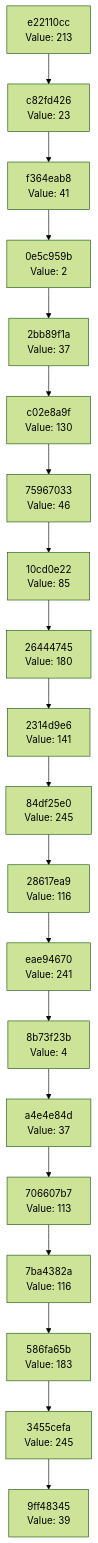
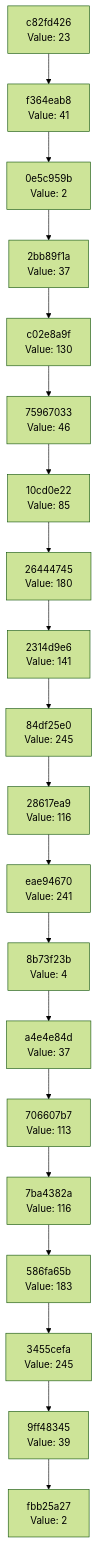
One commit to Abhisheksinha1506/hash-chain-evolver changed the diagram in docs/CHAIN_VISUALIZATION.md. Above: the diagram before and after it, drawn with Mermaid (forest theme). The commit also changed 2 other files, not shown here.

Commit message:
Evolution step: hash 0x02 → action executed

````diff
--- a/docs/CHAIN_VISUALIZATION.md
+++ b/docs/CHAIN_VISUALIZATION.md
@@ -3,42 +3,42 @@
 ```mermaid
 graph TD
-    C0["9ff48345<br/>Value: 39"]
-    C1["3455cefa<br/>Value: 245"]
+    C0["fbb25a27<br/>Value: 2"]
+    C1["9ff48345<br/>Value: 39"]
     C1 --> C0
-    C2["586fa65b<br/>Value: 183"]
+    C2["3455cefa<br/>Value: 245"]
     C2 --> C1
-    C3["7ba4382a<br/>Value: 116"]
+    C3["586fa65b<br/>Value: 183"]
     C3 --> C2
-    C4["706607b7<br/>Value: 113"]
+    C4["7ba4382a<br/>Value: 116"]
     C4 --> C3
-    C5["a4e4e84d<br/>Value: 37"]
+    C5["706607b7<br/>Value: 113"]
     C5 --> C4
-    C6["8b73f23b<br/>Value: 4"]
+    C6["a4e4e84d<br/>Value: 37"]
     C6 --> C5
-    C7["eae94670<br/>Value: 241"]
+    C7["8b73f23b<br/>Value: 4"]
     C7 --> C6
-    C8["28617ea9<br/>Value: 116"]
+    C8["eae94670<br/>Value: 241"]
     C8 --> C7
-    C9["84df25e0<br/>Value: 245"]
+    C9["28617ea9<br/>Value: 116"]
     C9 --> C8
-    C10["2314d9e6<br/>Value: 141"]
+    C10["84df25e0<br/>Value: 245"]
     C10 --> C9
-    C11["26444745<br/>Value: 180"]
+    C11["2314d9e6<br/>Value: 141"]
     C11 --> C10
-    C12["10cd0e22<br/>Value: 85"]
+    C12["26444745<br/>Value: 180"]
     C12 --> C11
-    C13["75967033<br/>Value: 46"]
+    C13["10cd0e22<br/>Value: 85"]
     C13 --> C12
-    C14["c02e8a9f<br/>Value: 130"]
+    C14["75967033<br/>Value: 46"]
     C14 --> C13
-    C15["2bb89f1a<br/>Value: 37"]
+    C15["c02e8a9f<br/>Value: 130"]
     C15 --> C14
-    C16["0e5c959b<br/>Value: 2"]
+    C16["2bb89f1a<br/>Value: 37"]
     C16 --> C15
-    C17["f364eab8<br/>Value: 41"]
+    C17["0e5c959b<br/>Value: 2"]
     C17 --> C16
-    C18["c82fd426<br/>Value: 23"]
+    C18["f364eab8<br/>Value: 41"]
     C18 --> C17
-    C19["e22110cc<br/>Value: 213"]
+    C19["c82fd426<br/>Value: 23"]
     C19 --> C18
 ```
````
